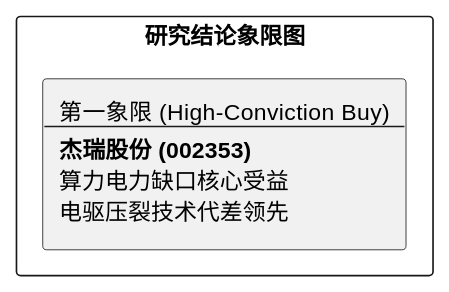
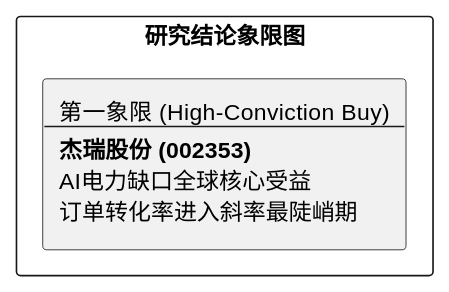
The diagram in investigation/equities/杰瑞股份/reports/研报章节七：投资摘要与风险因素.md (hrzzzrh/QuantPyLab), drawn with PlantUML before and after one commit. The commit also changed other lines of this file and 74 other files, not shown here.

````diff
--- a/investigation/equities/杰瑞股份/reports/研报章节七：投资摘要与风险因素.md
+++ b/investigation/equities/杰瑞股份/reports/研报章节七：投资摘要与风险因素.md
@@ -18,7 +20,7 @@
 ```plantuml
 @startuml
 rectangle "研究结论象限图" {
-    rectangle "第一象限 (High-Conviction Buy)\n--\n**杰瑞股份 (002353)**\n算力电力缺口核心受益\n电驱压裂技术代差领先" as Q1
+    rectangle "第一象限 (High-Conviction Buy)\n--\n**杰瑞股份 (002353)**\nAI电力缺口全球核心受益\n订单转化率进入斜率最陡峭期" as Q1
 }
 @enduml
 ```
````
